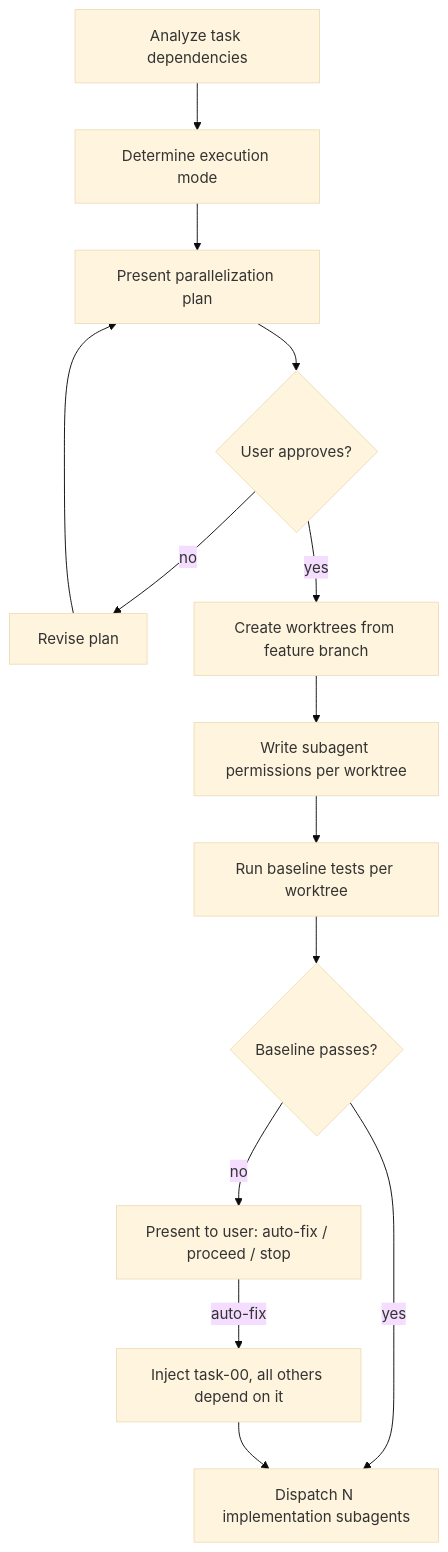
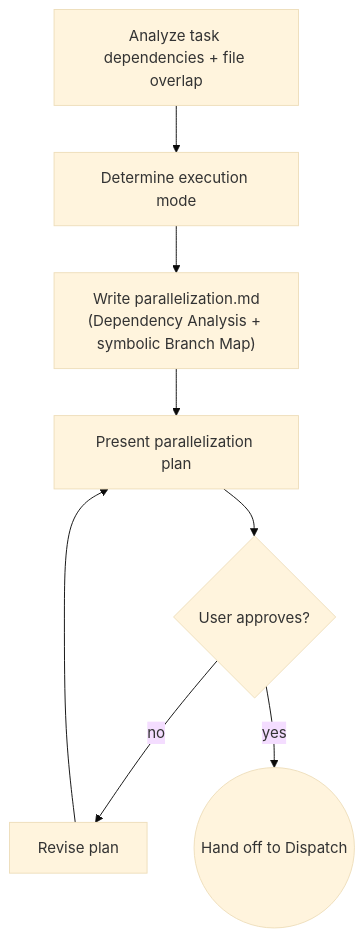
The eighth of 20 diagrams in README.md (dfrysinger/qrspi-plus), drawn with Mermaid (base theme) before and after one commit. The commit also changed other lines of this file and 6 other files, not shown here.

First line of the commit message:
feat(qrspi): split Worktree into Parallelize + Dispatch

````diff
--- a/README.md
+++ b/README.md
@@ -185,16 +186,10 @@
 ```mermaid
 flowchart TD
-    A[Analyze task dependencies] --> B[Determine execution mode]
-    B --> C[Present parallelization plan]
-    C --> D{User approves?}
-    D -->|no| E[Revise plan]
-    E --> C
-    D -->|yes| F[Create worktrees from feature branch]
-    F --> G[Write subagent permissions per worktree]
-    G --> H[Run baseline tests per worktree]
-    H --> I{Baseline passes?}
-    I -->|no| J[Present to user: auto-fix / proceed / stop]
-    I -->|yes| K[Dispatch N implementation subagents]
-    J -->|auto-fix| L["Inject task-00, all others depend on it"]
-    L --> K
+    A[Analyze task dependencies + file overlap] --> B[Determine execution mode]
+    B --> C["Write parallelization.md<br>(Dependency Analysis + symbolic Branch Map)"]
+    C --> D[Present parallelization plan]
+    D --> E{User approves?}
+    E -->|no| F[Revise plan]
+    F --> D
+    E -->|yes| G((Hand off to Dispatch))
 ```
````
